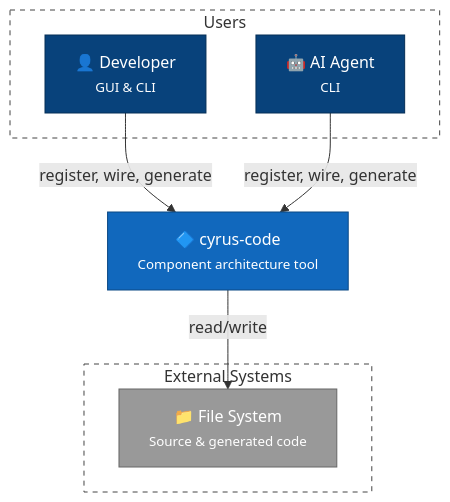
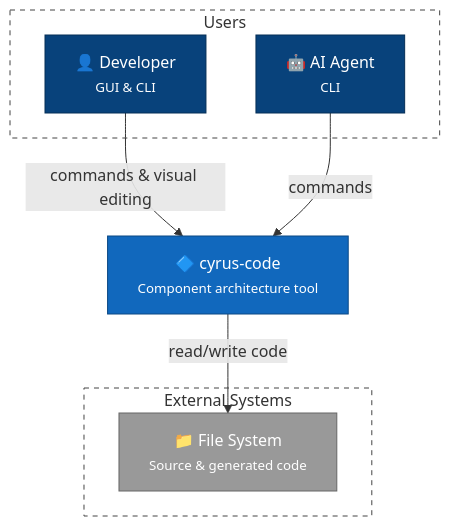
The diagram in docs/c4/1-context.md (louipr/cyrus-code), drawn with Mermaid before and after one commit. The commit also changed other lines of this file, not shown here.

Commit message:
fix(c4): improve Level 1 Context diagram per C4 best practices
- Use verb phrase relationship labels ("commands", "commands & visual editing")
- Add cross-references to Level 3 Component and Dynamic diagrams
- Consistent with Level 2 and Level 3 diagram quality improvements

🤖 Generated with [Claude Code](https://claude.com/claude-code)

````diff
--- a/docs/c4/1-context.md
+++ b/docs/c4/1-context.md
@@ -9,27 +9,27 @@
 ```mermaid
 flowchart TB
     subgraph users ["Users"]
         dev["👤 Developer<br/><small>GUI & CLI</small>"]
         ai["🤖 AI Agent<br/><small>CLI</small>"]
     end
 
     cyrus["🔷 cyrus-code<br/><small>Component architecture tool</small>"]
 
     subgraph external ["External Systems"]
         fs["📁 File System<br/><small>Source & generated code</small>"]
     end
 
-    dev -->|"register, wire, generate"| cyrus
-    ai -->|"register, wire, generate"| cyrus
-    cyrus -->|"read/write"| fs
+    dev -->|"commands & visual editing"| cyrus
+    ai -->|"commands"| cyrus
+    cyrus -->|"read/write code"| fs
 
     classDef person fill:#08427b,stroke:#052e56,color:#fff
     classDef system fill:#1168bd,stroke:#0b4884,color:#fff
     classDef external fill:#999999,stroke:#666666,color:#fff
     classDef boundary fill:transparent,stroke:#444,stroke-dasharray:5
 
     class dev,ai person
     class cyrus system
     class fs external
     class users,external boundary
 ```
````
